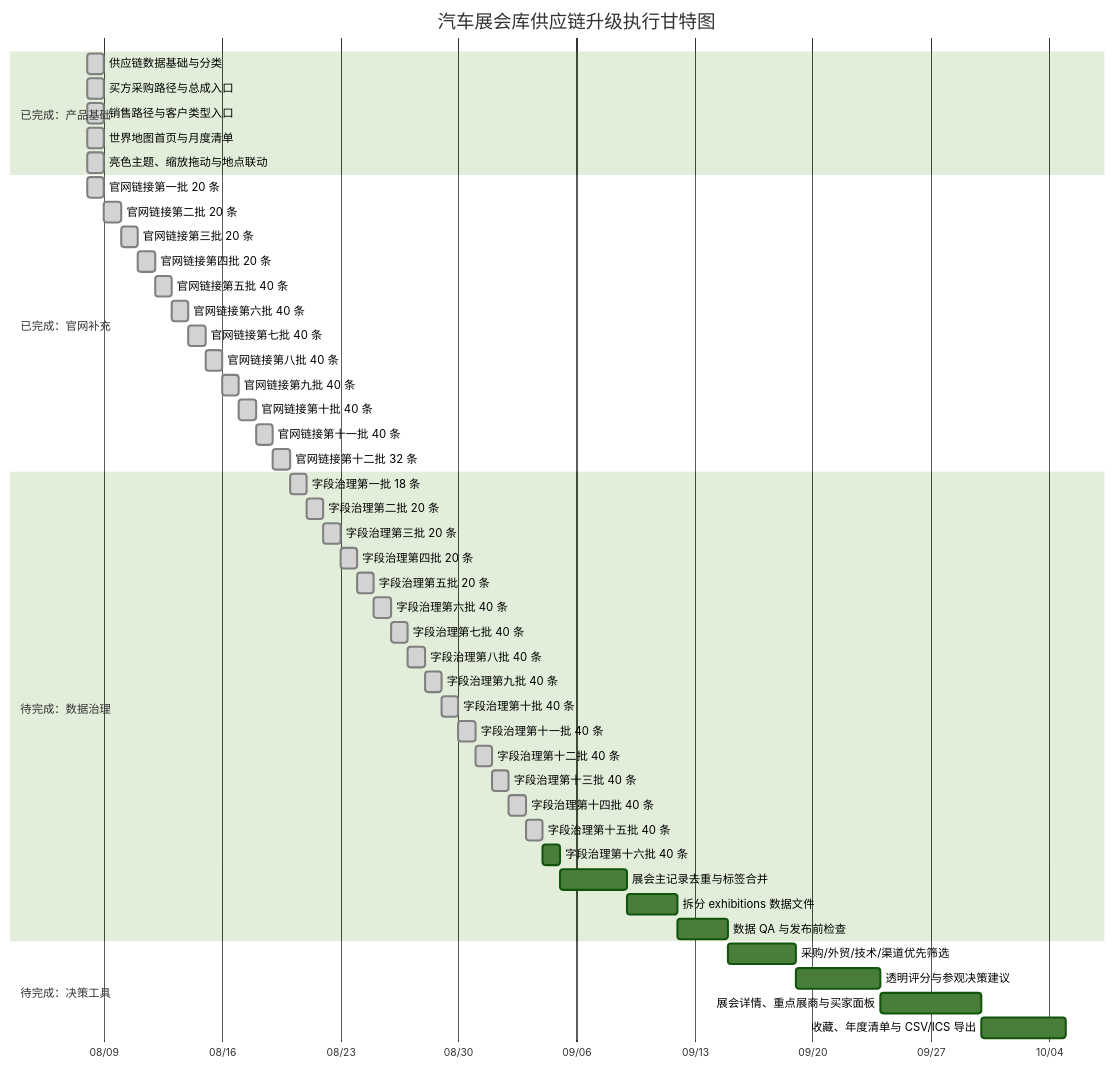
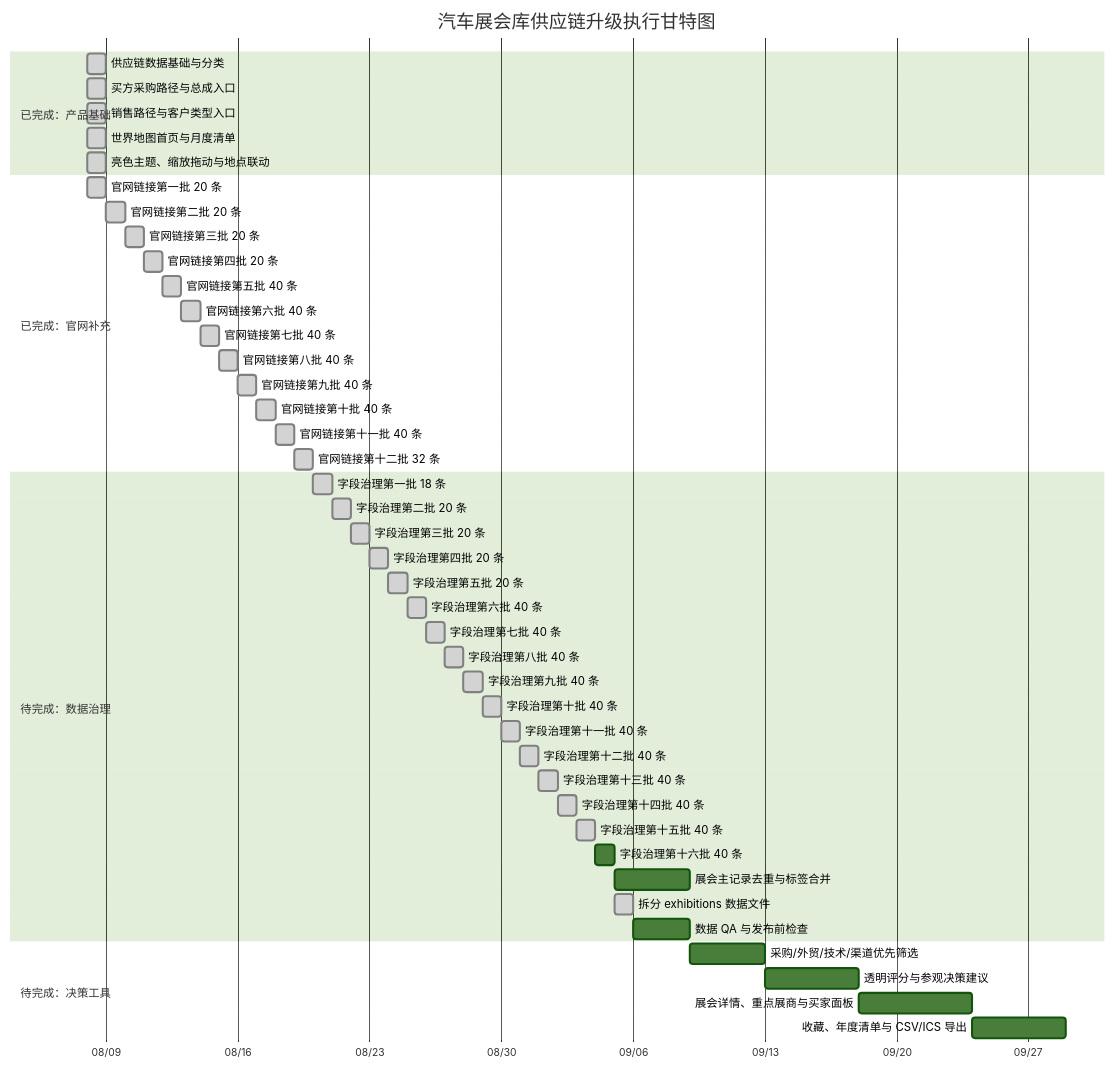
One commit to Cloudyluk/auto-expo changed the diagram in docs/PROJECT_PROGRESS.md. Above: the diagram before and after it, drawn with Mermaid (forest theme). The commit also changed other lines of this file and 7 other files, not shown here.

````diff
--- a/docs/PROJECT_PROGRESS.md
+++ b/docs/PROJECT_PROGRESS.md
@@ -20,50 +20,50 @@
 ```mermaid
 gantt
     title 汽车展会库供应链升级执行甘特图
     dateFormat  YYYY-MM-DD
     axisFormat  %m/%d
     section 已完成：产品基础
     供应链数据基础与分类             :done, foundation, 2026-08-08, 1d
     买方采购路径与总成入口           :done, buyer, 2026-08-08, 1d
     销售路径与客户类型入口           :done, seller, 2026-08-08, 1d
     世界地图首页与月度清单           :done, map, 2026-08-08, 1d
     亮色主题、缩放拖动与地点联动     :done, interaction, 2026-08-08, 1d
     section 已完成：官网补充
     官网链接第一批 20 条             :done, links1, 2026-08-08, 1d
     官网链接第二批 20 条             :done, links2, after links1, 1d
     官网链接第三批 20 条             :done, links3, after links2, 1d
     官网链接第四批 20 条             :done, links4, after links3, 1d
     官网链接第五批 40 条             :done, links5done, after links4, 1d
     官网链接第六批 40 条             :done, links6done, after links5done, 1d
     官网链接第七批 40 条             :done, links7done, after links6done, 1d
     官网链接第八批 40 条             :done, links8done, after links7done, 1d
     官网链接第九批 40 条             :done, links9done, after links8done, 1d
     官网链接第十批 40 条             :done, links10done, after links9done, 1d
     官网链接第十一批 40 条           :done, links11done, after links10done, 1d
     官网链接第十二批 32 条           :done, links12done, after links11done, 1d
     section 待完成：数据治理
     字段治理第一批 18 条             :done, fields1, after links12done, 1d
     字段治理第二批 20 条             :done, fields2, after fields1, 1d
     字段治理第三批 20 条             :done, fields3, after fields2, 1d
     字段治理第四批 20 条             :done, fields4, after fields3, 1d
     字段治理第五批 20 条             :done, fields5, after fields4, 1d
     字段治理第六批 40 条             :done, fields6, after fields5, 1d
     字段治理第七批 40 条             :done, fields7, after fields6, 1d
     字段治理第八批 40 条             :done, fields8, after fields7, 1d
     字段治理第九批 40 条             :done, fields9, after fields8, 1d
     字段治理第十批 40 条             :done, fields10, after fields9, 1d
     字段治理第十一批 40 条           :done, fields11, after fields10, 1d
     字段治理第十二批 40 条           :done, fields12, after fields11, 1d
     字段治理第十三批 40 条           :done, fields13, after fields12, 1d
     字段治理第十四批 40 条           :done, fields14, after fields13, 1d
     字段治理第十五批 40 条           :done, fields15, after fields14, 1d
     字段治理第十六批 40 条           :fields16, after fields15, 1d
     展会主记录去重与标签合并         :dedupe, after fields16, 4d
-    拆分 exhibitions 数据文件        :split, after dedupe, 3d
+    拆分 exhibitions 数据文件        :done, split, after fields16, 1d
     数据 QA 与发布前检查              :qa, after split, 3d
     section 待完成：决策工具
     采购/外贸/技术/渠道优先筛选       :filters, after qa, 4d
     透明评分与参观决策建议           :score, after filters, 5d
     展会详情、重点展商与买家面板      :detail, after score, 6d
     收藏、年度清单与 CSV/ICS 导出     :plan, after detail, 5d
 ```
````
